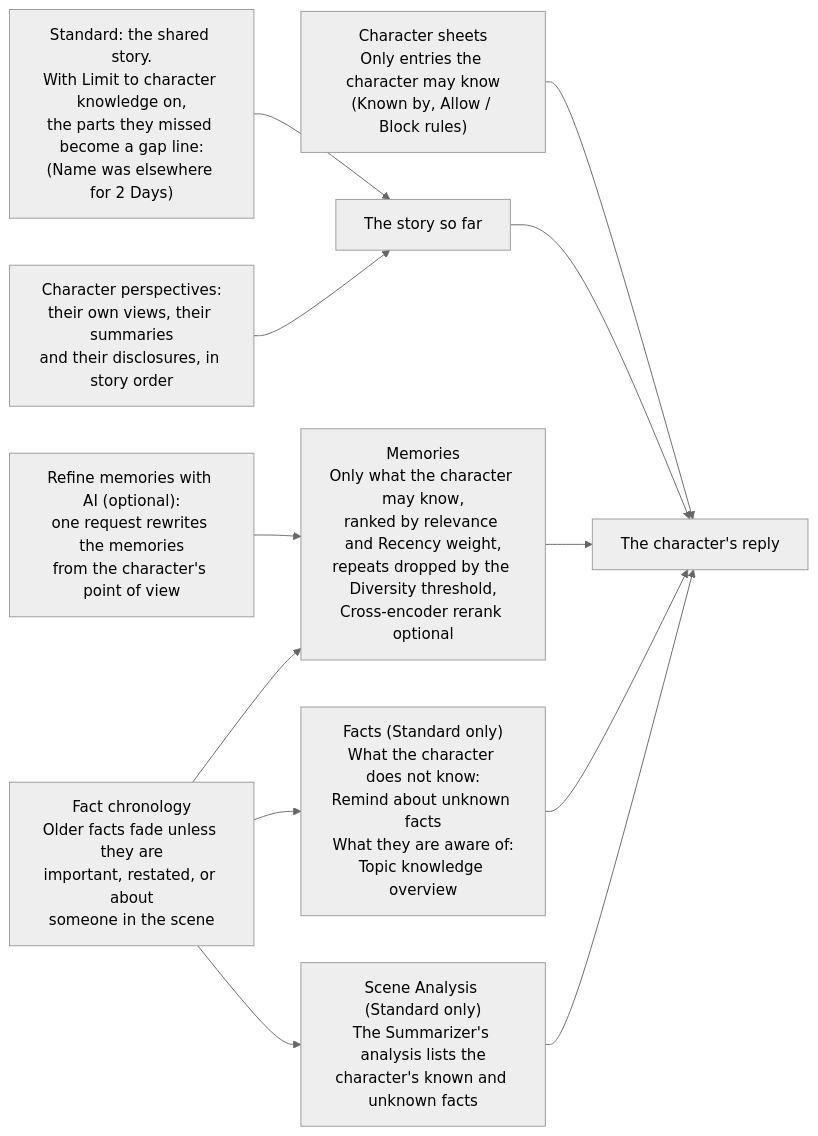
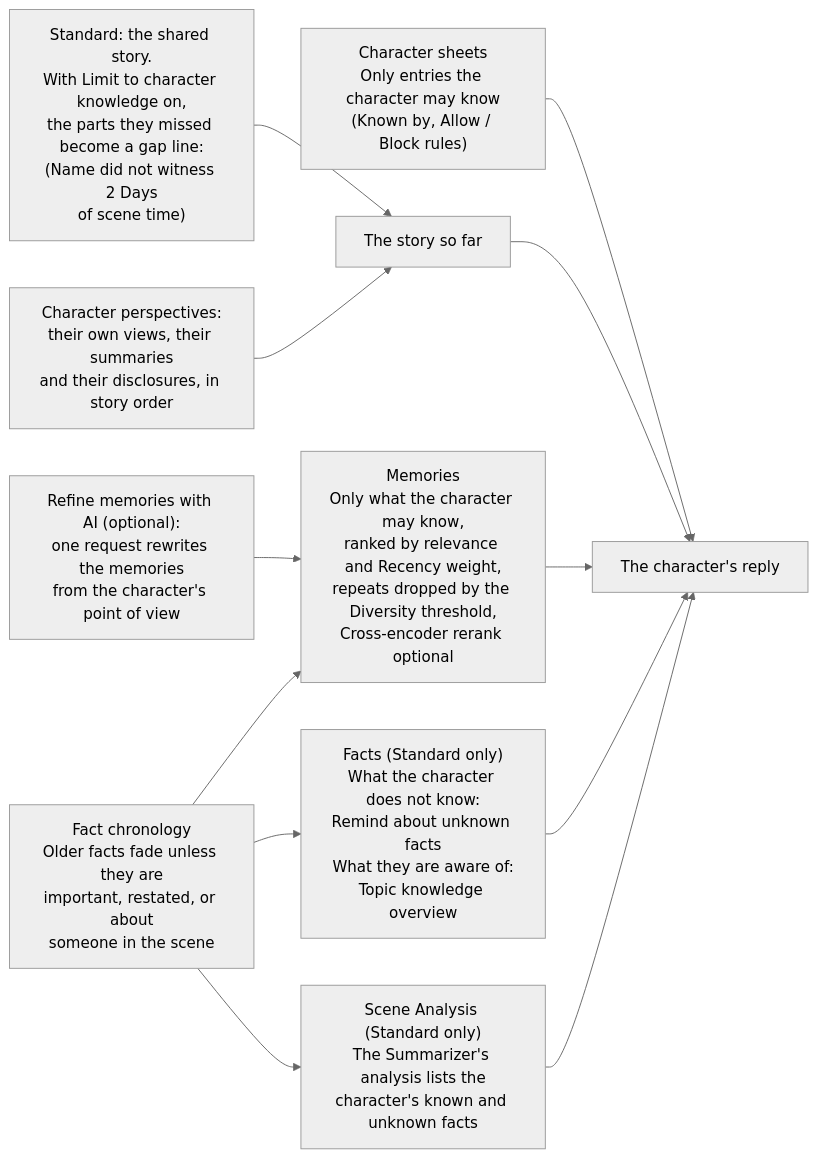
The fourth of 6 diagrams in docs/user-guide/world-editor/knowledge-how-it-works.md (vegu-ai/talemate), drawn with Mermaid (neutral theme) before and after one commit. The commit also changed other lines of this file and 88 other files, not shown here.

````diff
--- a/docs/user-guide/world-editor/knowledge-how-it-works.md
+++ b/docs/user-guide/world-editor/knowledge-how-it-works.md
@@ -118,15 +172,15 @@
 ```mermaid
 flowchart LR
     R["The character's reply"]
     S["Character sheets<br/>Only entries the character may know<br/>(Known by, Allow / Block rules)"] --> R
     H["The story so far"] --> R
-    H1["Standard: the shared story.<br/>With Limit to character knowledge on,<br/>the parts they missed become a gap line:<br/>(Name was elsewhere for 2 Days)"] --> H
+    H1["Standard: the shared story.<br/>With Limit to character knowledge on,<br/>the parts they missed become a gap line:<br/>(Name did not witness 2 Days<br/>of scene time)"] --> H
     H2["Character perspectives:<br/>their own views, their summaries<br/>and their disclosures, in story order"] --> H
     M["Memories<br/>Only what the character may know,<br/>ranked by relevance and Recency weight,<br/>repeats dropped by the Diversity threshold,<br/>Cross-encoder rerank optional"] --> R
     M1["Refine memories with AI (optional):<br/>one request rewrites the memories<br/>from the character's point of view"] --> M
     F["Facts (Standard only)<br/>What the character does not know:<br/>Remind about unknown facts<br/>What they are aware of:<br/>Topic knowledge overview"] --> R
     A["Scene Analysis (Standard only)<br/>The Summarizer's analysis lists the<br/>character's known and unknown facts"] --> R
     T["Fact chronology<br/>Older facts fade unless they are<br/>important, restated, or about<br/>someone in the scene"] --> F
     T --> M
     T --> A
 ```
````
